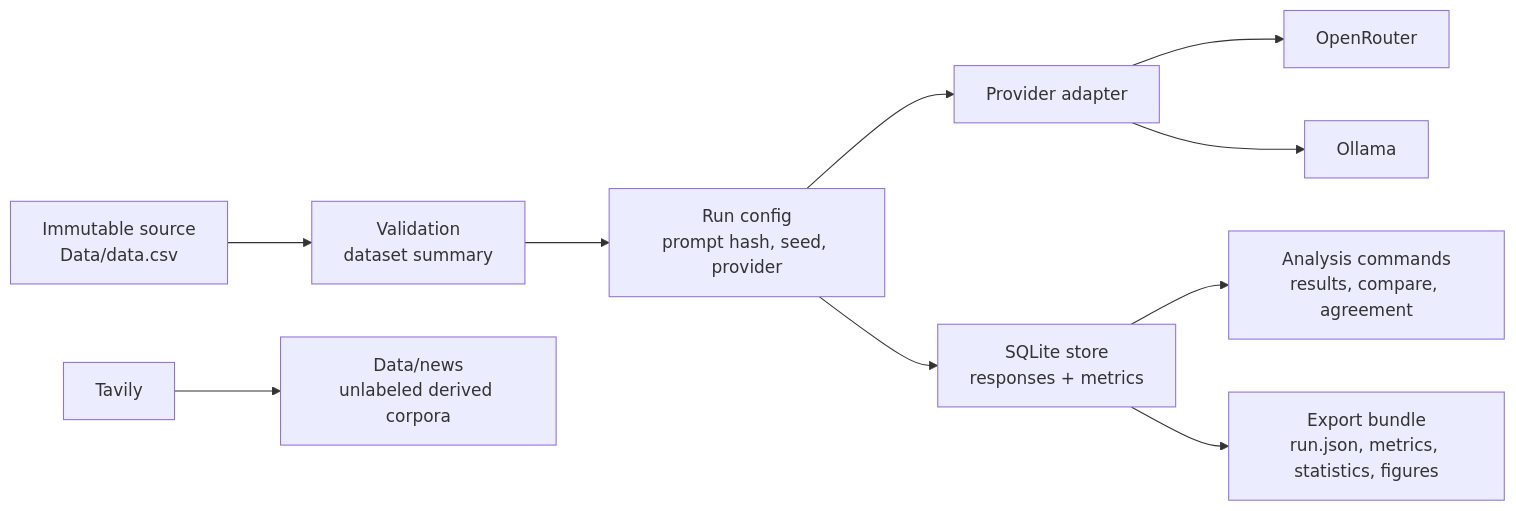
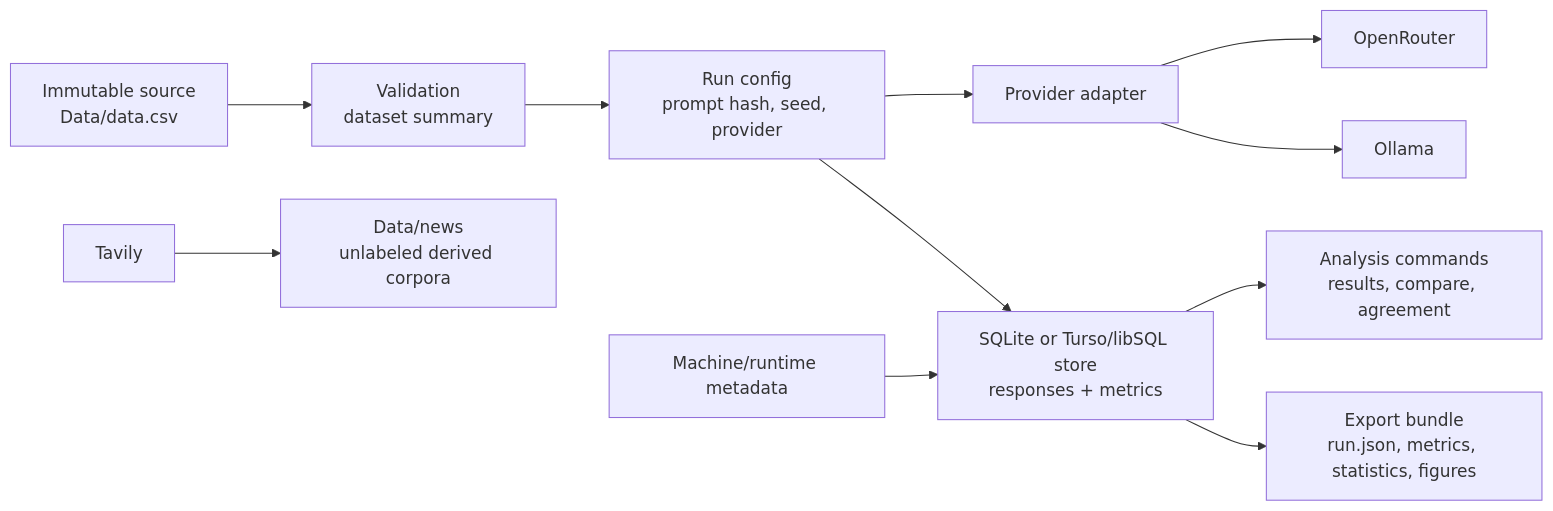
The diagram in docs/architecture.md (PeterLP123/Sentiment_Dissertation), drawn with Mermaid before and after one commit. The commit also changed other lines of this file and 18 other files, not shown here.

First line of the commit message:
Record runtime metadata & add libSQL/Turso support

````diff
--- a/docs/architecture.md
+++ b/docs/architecture.md
@@ -17,12 +17,13 @@
 ```mermaid
 flowchart LR
     D["Immutable source<br/>Data/data.csv"] --> V["Validation<br/>dataset summary"]
     V --> R["Run config<br/>prompt hash, seed, provider"]
     R --> P["Provider adapter"]
     P --> O["OpenRouter"]
     P --> L["Ollama"]
-    R --> S["SQLite store<br/>responses + metrics"]
+    R --> S["SQLite or Turso/libSQL store<br/>responses + metrics"]
+    M["Machine/runtime metadata"] --> S
     S --> A["Analysis commands<br/>results, compare, agreement"]
     S --> E["Export bundle<br/>run.json, metrics, statistics, figures"]
     T["Tavily"] --> N["Data/news<br/>unlabeled derived corpora"]
 ```
````
